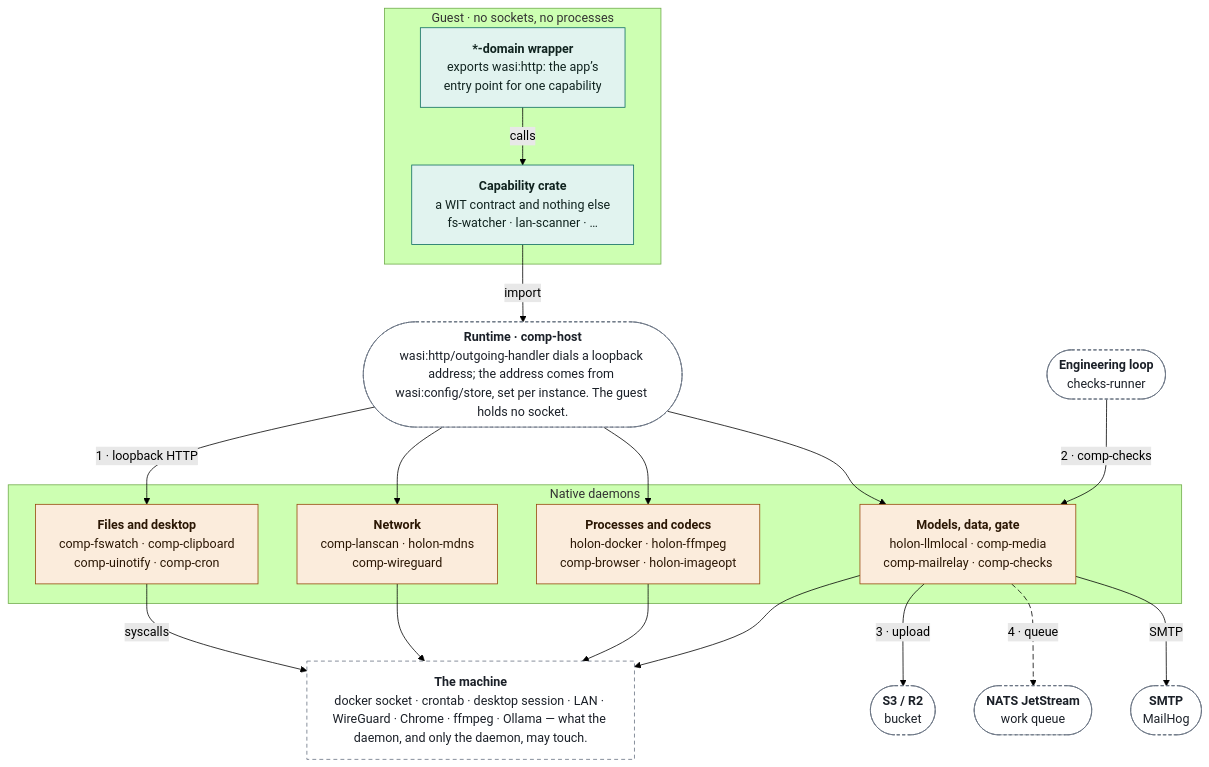
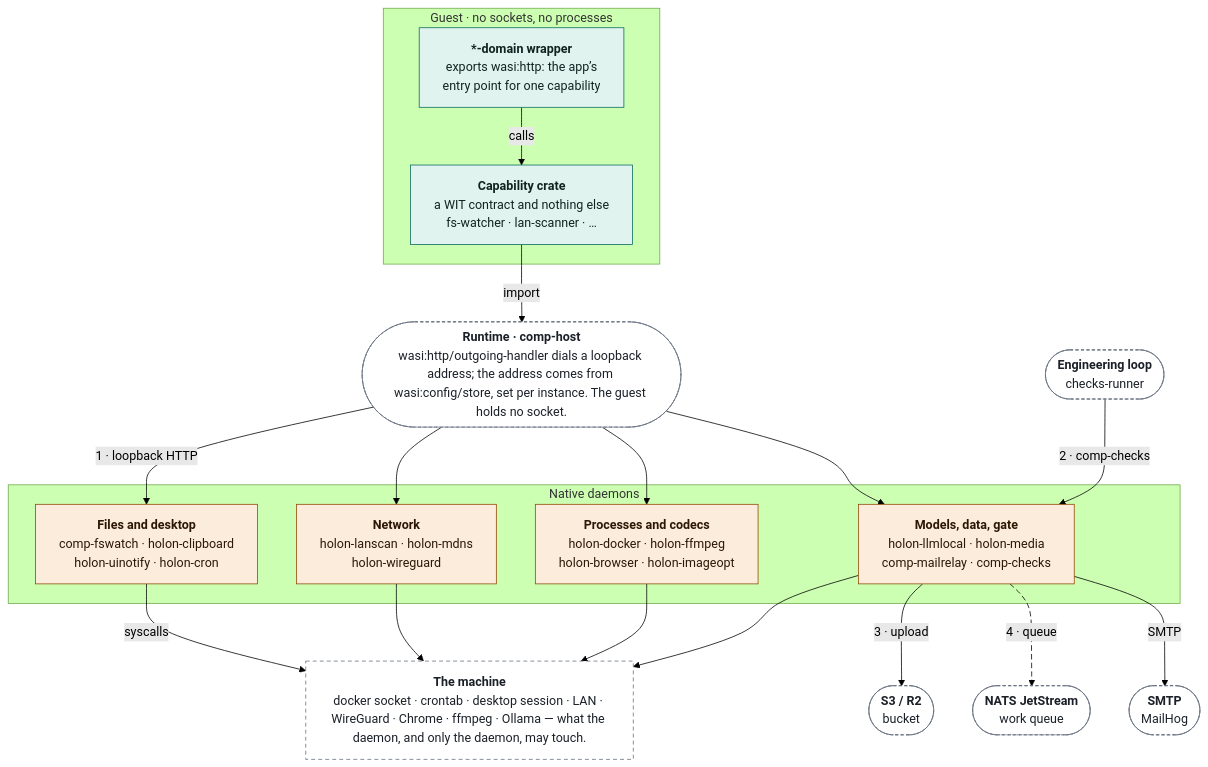
One commit to markkovari/holon changed the sixth of 11 diagrams in docs/ARCHITECTURE.md. Above: the diagram before and after it, drawn with Mermaid (forest theme). The commit also changed 35 other files, not shown here.

````diff
--- a/docs/ARCHITECTURE.md
+++ b/docs/ARCHITECTURE.md
@@ -400,42 +400,42 @@
 ```mermaid
 %%{init: {"flowchart": {"wrappingWidth": 360}}}%%
 flowchart TB
   classDef wasm fill:#e1f3ef,stroke:#0a6a5f,color:#10231f
   classDef native fill:#fbecdc,stroke:#954709,color:#2b1704
   classDef store fill:#eae7fa,stroke:#4a3fb0,color:#17123f
   classDef actor fill:#e4ebf7,stroke:#2a4977,color:#0f1d33
   classDef spec fill:#eef1f5,stroke:#465160,color:#1b2028
   classDef ext fill:#ffffff,stroke:#667180,color:#1b2028,stroke-dasharray:5 4
   classDef ghost fill:#ffffff,stroke:#667180,color:#1b2028,stroke-dasharray:4 3
   subgraph grp_guest["Guest · no sockets, no processes"]
     n_dom["<b>*-domain wrapper</b><br/>exports wasi:http: the app’s<br/>entry point for one capability"]:::wasm
     n_cap["<b>Capability crate</b><br/>a WIT contract and nothing else<br/>fs-watcher · lan-scanner · …"]:::wasm
   end
   subgraph grp_nd["Native daemons"]
-    n_d_files["<b>Files and desktop</b><br/>comp-fswatch · comp-clipboard<br/>comp-uinotify · comp-cron"]:::native
-    n_d_net["<b>Network</b><br/>comp-lanscan · holon-mdns<br/>comp-wireguard"]:::native
-    n_d_proc["<b>Processes and codecs</b><br/>holon-docker · holon-ffmpeg<br/>comp-browser · holon-imageopt"]:::native
-    n_d_data["<b>Models, data, gate</b><br/>holon-llmlocal · comp-media<br/>comp-mailrelay · comp-checks"]:::native
+    n_d_files["<b>Files and desktop</b><br/>comp-fswatch · holon-clipboard<br/>holon-uinotify · holon-cron"]:::native
+    n_d_net["<b>Network</b><br/>holon-lanscan · holon-mdns<br/>holon-wireguard"]:::native
+    n_d_proc["<b>Processes and codecs</b><br/>holon-docker · holon-ffmpeg<br/>holon-browser · holon-imageopt"]:::native
+    n_d_data["<b>Models, data, gate</b><br/>holon-llmlocal · holon-media<br/>comp-mailrelay · comp-checks"]:::native
   end
   n_broker(["<b>Runtime · comp-host</b><br/>wasi:http/outgoing-handler dials a loopback address; the address comes from wasi:config/store, set per instance. The guest holds no socket."]):::ghost
   n_machine["<b>The machine</b><br/>docker socket · crontab · desktop session · LAN · WireGuard · Chrome · ffmpeg · Ollama — what the daemon, and only the daemon, may touch."]:::ext
   n_g_loop(["<b>Engineering loop</b><br/>checks-runner"]):::ghost
   n_g_s3(["<b>S3 / R2</b><br/>bucket"]):::ghost
   n_g_nats(["<b>NATS JetStream</b><br/>work queue"]):::ghost
   n_g_smtp(["<b>SMTP</b><br/>MailHog"]):::ghost
   n_dom -- "calls" --> n_cap
   n_cap -- "import" --> n_broker
   n_d_files -- "syscalls" --> n_machine
   n_d_net --> n_machine
   n_d_proc --> n_machine
   n_d_data --> n_machine
   n_broker -- "1 · loopback HTTP" --> n_d_files
   n_broker --> n_d_net
   n_broker --> n_d_proc
   n_broker --> n_d_data
   n_g_loop -- "2 · comp-checks" --> n_d_data
   n_d_data -- "3 · upload" --> n_g_s3
   n_d_data -- "4 · queue" --> n_g_nats
   n_d_data -- "SMTP" --> n_g_smtp
   linkStyle 12 stroke-dasharray:7 4
 ```
````
